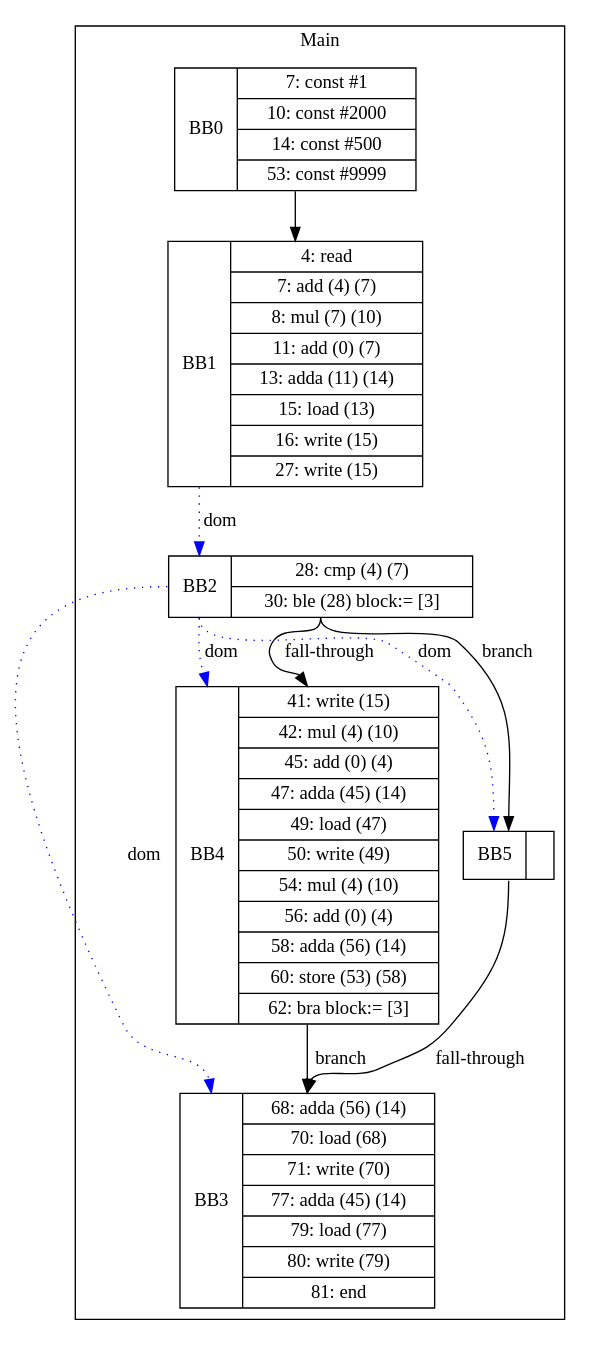
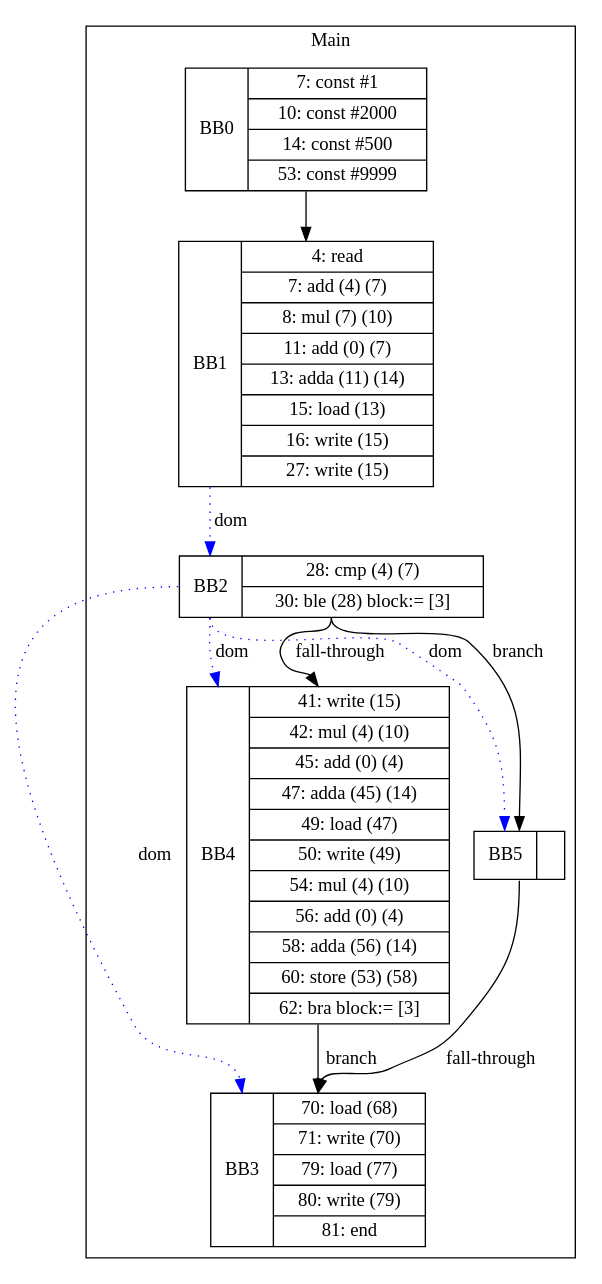
The diagram in visualization/cbelem/array/ifJoinKill-2.gv (zjc664656505/UCI-CS241-Advanced-Compiler-main), drawn with Graphviz before and after one commit. The commit also changed 12 other files, not shown here.

```diff
--- a/visualization/cbelem/array/ifJoinKill-2.gv
+++ b/visualization/cbelem/array/ifJoinKill-2.gv
@@ -1,21 +1,21 @@
 digraph G {
 node [shape=record];
 subgraph cluster_main{
 label = "Main";
 BB0 [shape=record, label="<b>BB0|{7: const #1|10: const #2000|14: const #500|53: const #9999}"];
 BB1 [shape=record, label="<b>BB1|{4: read|7: add (4) (7)|8: mul (7) (10)|11: add (0) (7)|13: adda (11) (14)|15: load (13)|16: write (15)|27: write (15)}"];
 BB2 [shape=record, label="<b>BB2|{28: cmp (4) (7)|30: ble (28) block:= [3]}"];
-BB3 [shape=record, label="<b>BB3|{68: adda (56) (14)|70: load (68)|71: write (70)|77: adda (45) (14)|79: load (77)|80: write (79)|81: end}"];
+BB3 [shape=record, label="<b>BB3|{70: load (68)|71: write (70)|79: load (77)|80: write (79)|81: end}"];
 BB4 [shape=record, label="<b>BB4|{41: write (15)|42: mul (4) (10)|45: add (0) (4)|47: adda (45) (14)|49: load (47)|50: write (49)|54: mul (4) (10)|56: add (0) (4)|58: adda (56) (14)|60: store (53) (58)|62: bra block:= [3]}"];
 BB5 [shape=record, label="<b>BB5|}"];
 }
 BB0:s -> BB1:n ;
 BB2:b -> BB3:b [color=blue, style=dotted, label="dom"];
 BB2:b -> BB4:b [color=blue, style=dotted, label="dom"];
 BB1:b -> BB2:b [color=blue, style=dotted, label="dom"];
 BB2:b -> BB5:b [color=blue, style=dotted, label="dom"];
 BB2:s -> BB5:n [label="branch"];
 BB4:s -> BB3:n [label="branch"];
 BB5:s -> BB3:n [label="fall-through"];
 BB2:s -> BB4:n [label="fall-through"];
 }
```
